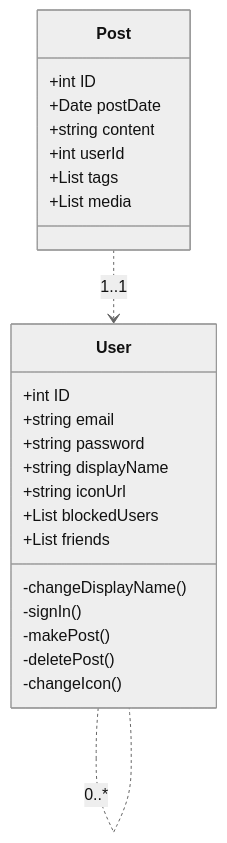
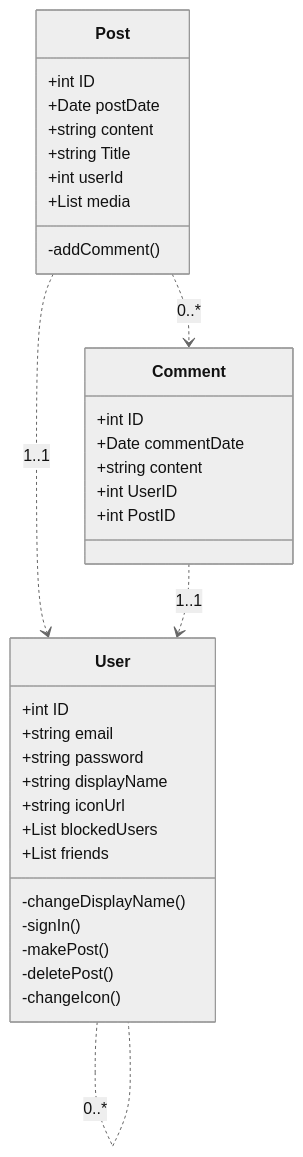
The diagram in BlogAPI/docs/er-diagram.md (nora-hansen/blogging-site), drawn with Mermaid (neutral theme) before and after one commit. The commit also changed 1 other file, not shown here.

Commit message:
Update class diagram. Added Post model

````diff
--- a/BlogAPI/docs/er-diagram.md
+++ b/BlogAPI/docs/er-diagram.md
@@ -1,26 +1,35 @@
 ```mermaid
 classDiagram
 	User : +int ID
 	User : +string email
 	User : +string password
 	User : +string displayName
 	User : +string iconUrl
 	User : +List blockedUsers
 	User : +List friends
 	User : -changeDisplayName()
 	User : -signIn()
 	User : -makePost()
 	User : -deletePost()
 	User : -changeIcon()
 
 	Post : +int ID
 	Post : +Date postDate
 	Post : +string content
+	Post : +string Title
 	Post : +int userId
-	Post : +List tags
 	Post : +List media 
+	Post : -addComment()
+
+	Comment : +int ID
+	Comment : +Date commentDate
+	Comment : +string content
+	Comment : +int UserID
+	Comment : +int PostID
 
 	Post ..> User : 1..1
+	Comment ..> User : 1..1
+	Post ..> Comment : 0..*
 	User .. User : 0..*
 	User .. User : 0..*
 ```
````
